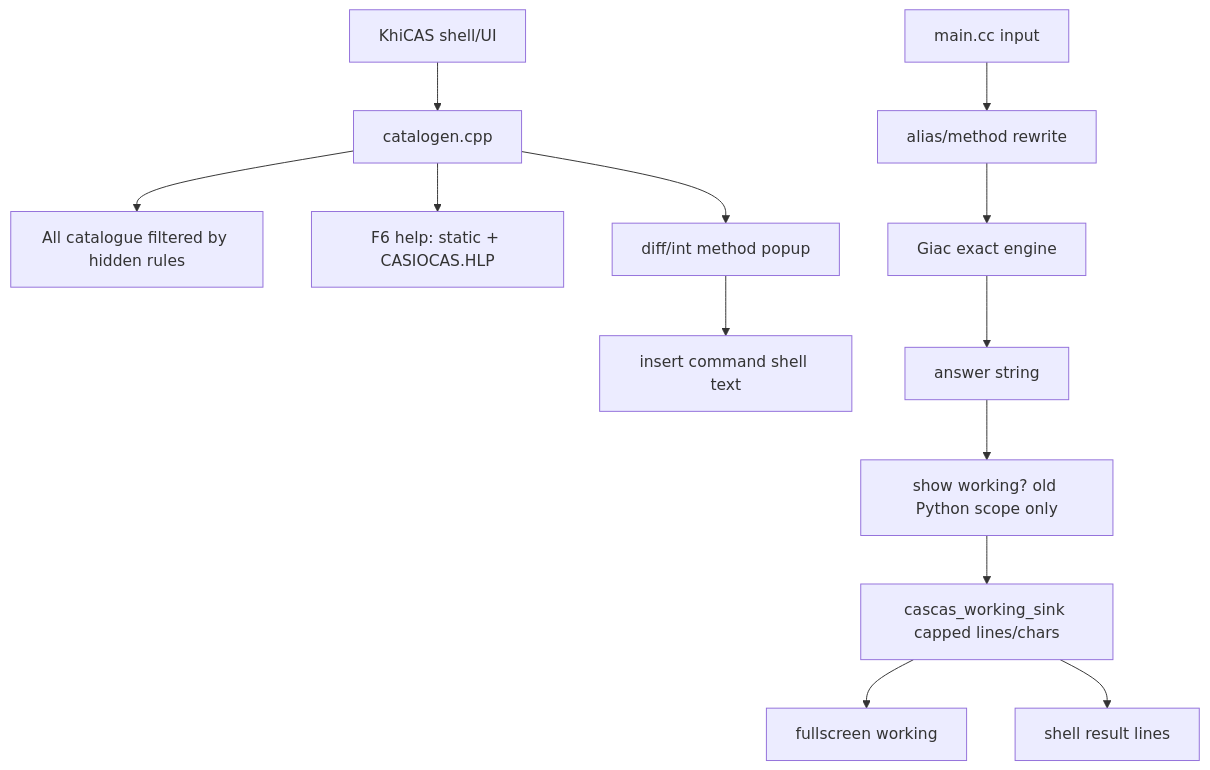
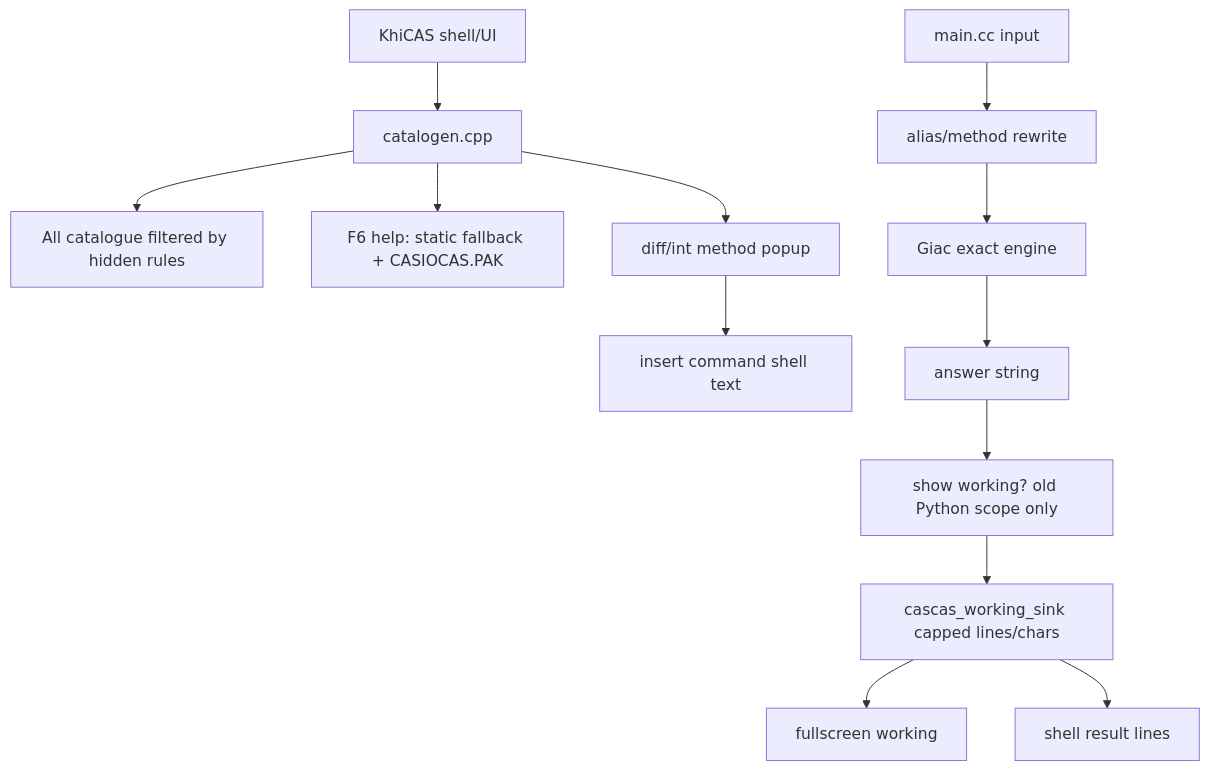
One commit to james8464/notes-addin-casio-fx-cg50 changed the second of 8 diagrams in c++/GRAPH.md. Above: the diagram before and after it, drawn with Mermaid. The commit also changed other lines of this file and 7 other files, not shown here.

````diff
--- a/c++/GRAPH.md
+++ b/c++/GRAPH.md
@@ -38,16 +41,16 @@
 ```mermaid
 graph TD
   UI["KhiCAS shell/UI"] --> Cat["catalogen.cpp"]
   Cat --> All["All catalogue filtered by hidden rules"]
-  Cat --> Help["F6 help: static + CASIOCAS.HLP"]
+  Cat --> Help["F6 help: static fallback + CASIOCAS.PAK"]
   Cat --> Method["diff/int method popup"]
   Method --> Insert["insert command shell text"]
 
   Shell["main.cc input"] --> Rewrite["alias/method rewrite"]
   Rewrite --> Giac["Giac exact engine"]
   Giac --> Ans["answer string"]
   Ans --> Gate["show working? old Python scope only"]
   Gate --> Sink["cascas_working_sink capped lines/chars"]
   Sink --> WorkScreen["fullscreen working"]
   Sink --> History["shell result lines"]
 ```
````
